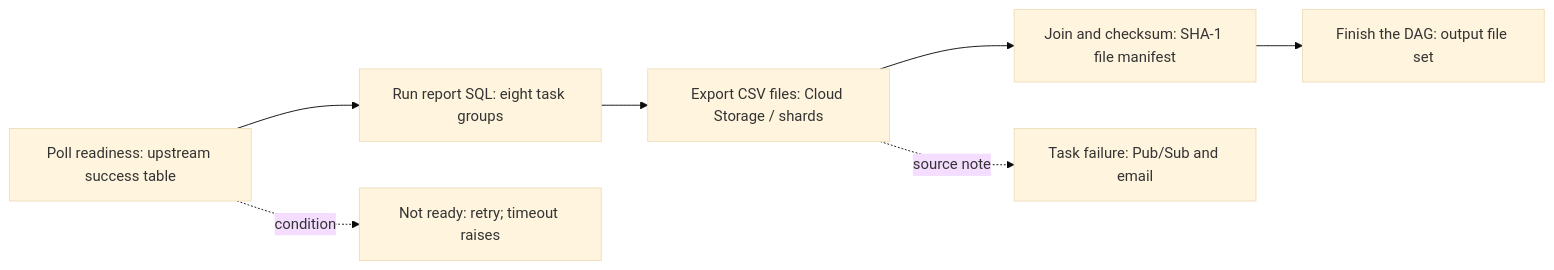
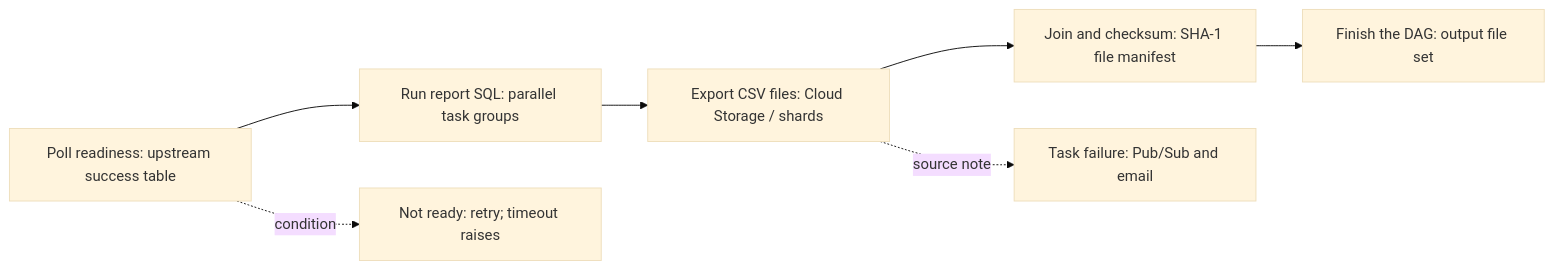
One commit to xsalassa/xsalassa changed the diagram in assets/flows/csv-generation.mmd. Above: the diagram before and after it, drawn with Mermaid (base theme). The commit also changed 19 other files, not shown here.

```diff
--- a/assets/flows/csv-generation.mmd
+++ b/assets/flows/csv-generation.mmd
@@ -1,11 +1,11 @@
 flowchart LR
     S0["Poll readiness: upstream success table"]
-    S1["Run report SQL: eight task groups"]
+    S1["Run report SQL: parallel task groups"]
     S2["Export CSV files: Cloud Storage / shards"]
     S3["Join and checksum: SHA-1 file manifest"]
     S4["Finish the DAG: output file set"]
     S0 --> S1 --> S2 --> S3 --> S4
     B0["Not ready: retry; timeout raises"]
     B1["Task failure: Pub/Sub and email"]
     S0 -. condition .-> B0
     S2 -. source note .-> B1
```
